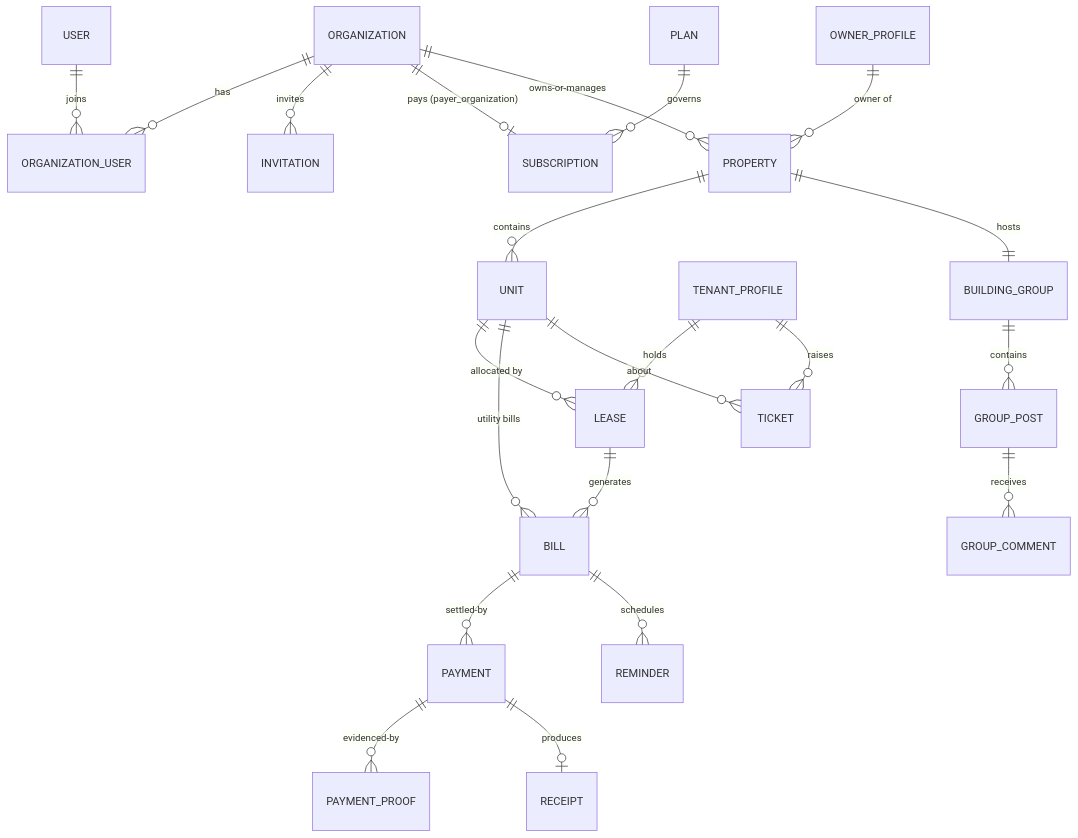
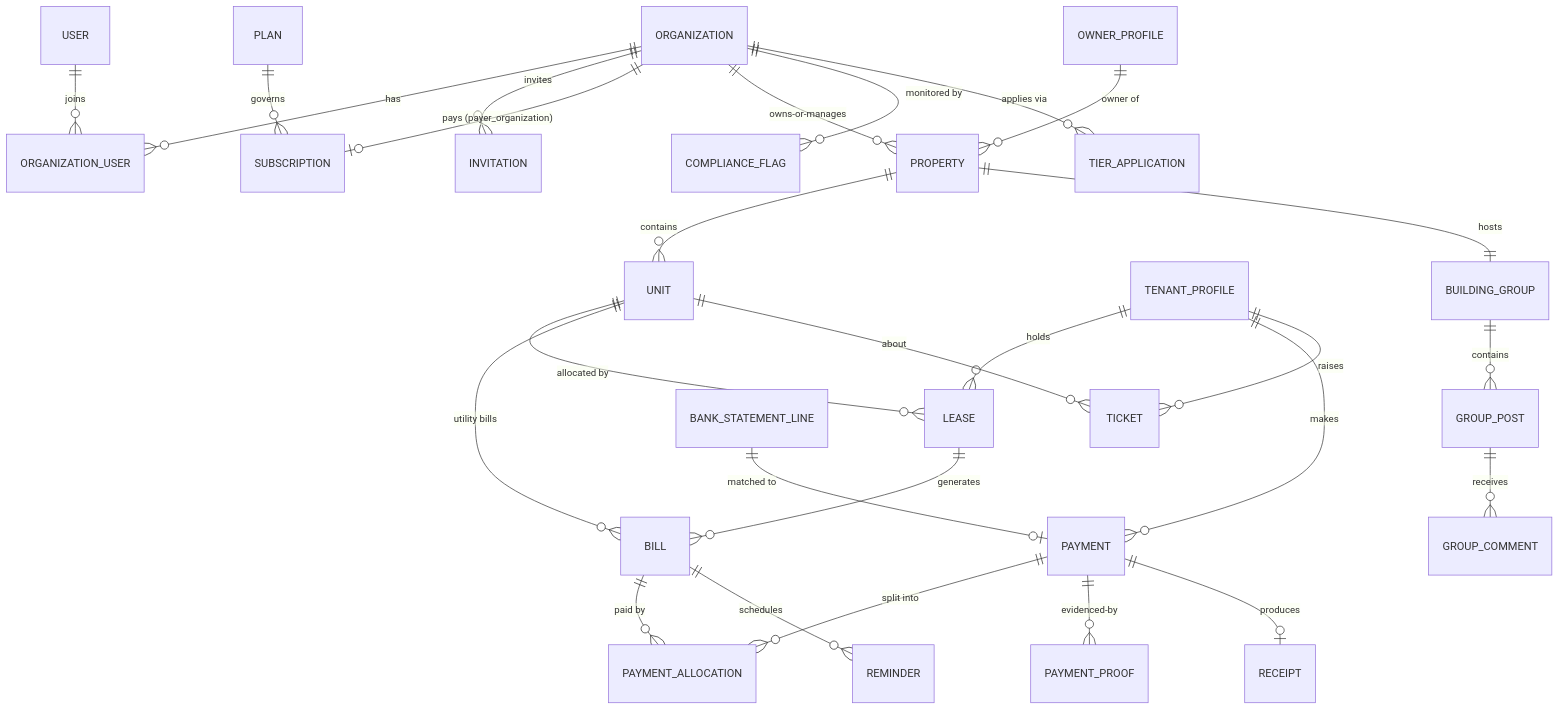
Before and after one commit to thekingchild/Goproperty: the diagram in DATABASE_SCHEMA.md, drawn with Mermaid. The commit also changed other lines of this file and 9 other files, not shown here.

````diff
--- a/DATABASE_SCHEMA.md
+++ b/DATABASE_SCHEMA.md
@@ -13,24 +13,29 @@
 ```mermaid
 erDiagram
     ORGANIZATION ||--o{ ORGANIZATION_USER : has
     USER ||--o{ ORGANIZATION_USER : joins
     ORGANIZATION ||--o{ INVITATION : invites
     ORGANIZATION ||--o| SUBSCRIPTION : "pays (payer_organization)"
     PLAN ||--o{ SUBSCRIPTION : governs
     ORGANIZATION ||--o{ PROPERTY : owns-or-manages
     OWNER_PROFILE ||--o{ PROPERTY : "owner of"
     PROPERTY ||--o{ UNIT : contains
     UNIT ||--o{ LEASE : "allocated by"
     TENANT_PROFILE ||--o{ LEASE : holds
     LEASE ||--o{ BILL : generates
     UNIT ||--o{ BILL : "utility bills"
-    BILL ||--o{ PAYMENT : settled-by
+    BILL ||--o{ PAYMENT_ALLOCATION : "paid by"
+    PAYMENT ||--o{ PAYMENT_ALLOCATION : "split into"
+    TENANT_PROFILE ||--o{ PAYMENT : makes
+    BANK_STATEMENT_LINE ||--o| PAYMENT : "matched to"
+    ORGANIZATION ||--o{ COMPLIANCE_FLAG : "monitored by"
+    ORGANIZATION ||--o{ TIER_APPLICATION : "applies via"
     PAYMENT ||--o{ PAYMENT_PROOF : evidenced-by
     PAYMENT ||--o| RECEIPT : produces
     PROPERTY ||--|| BUILDING_GROUP : hosts
     BUILDING_GROUP ||--o{ GROUP_POST : contains
     GROUP_POST ||--o{ GROUP_COMMENT : receives
     TENANT_PROFILE ||--o{ TICKET : raises
     UNIT ||--o{ TICKET : about
     BILL ||--o{ REMINDER : schedules
 ```
````
